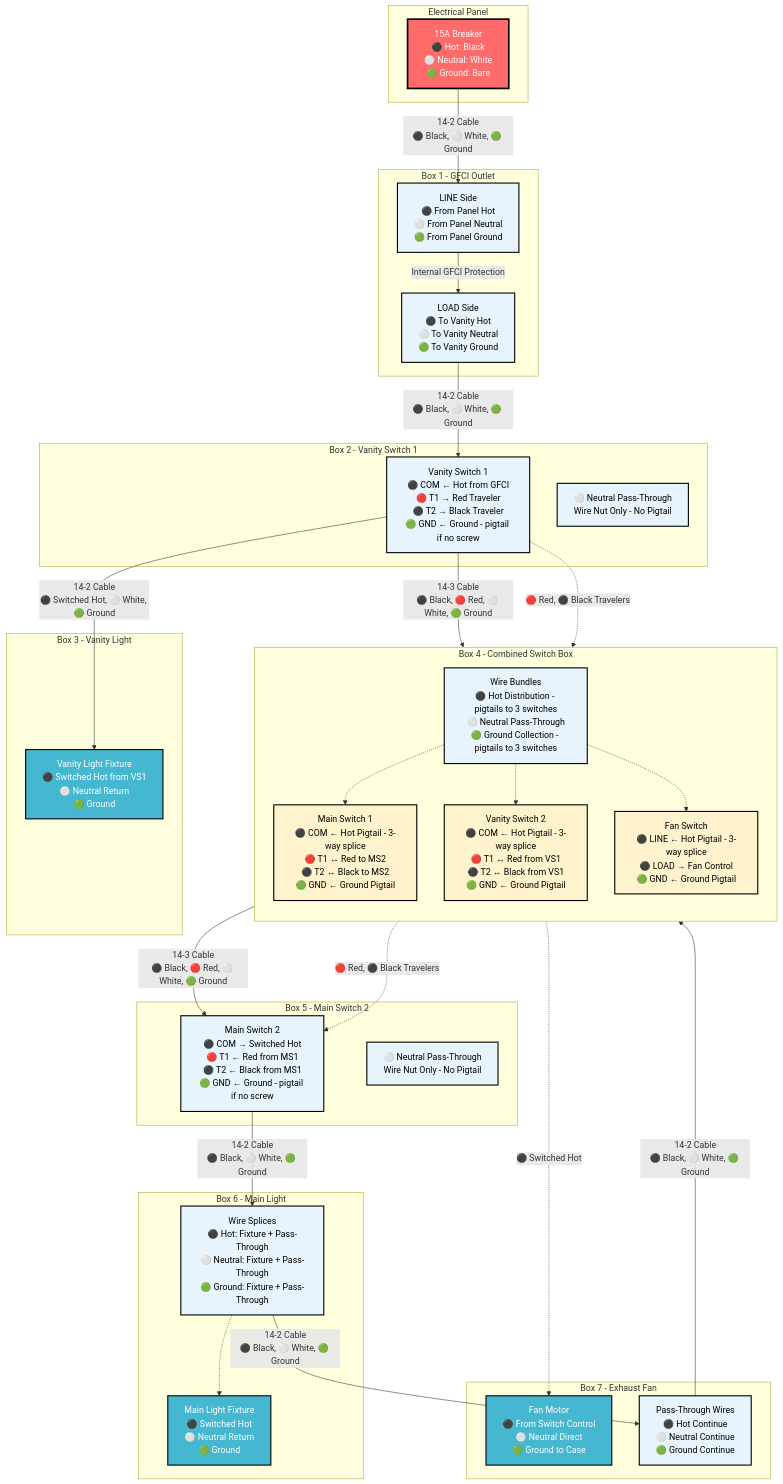
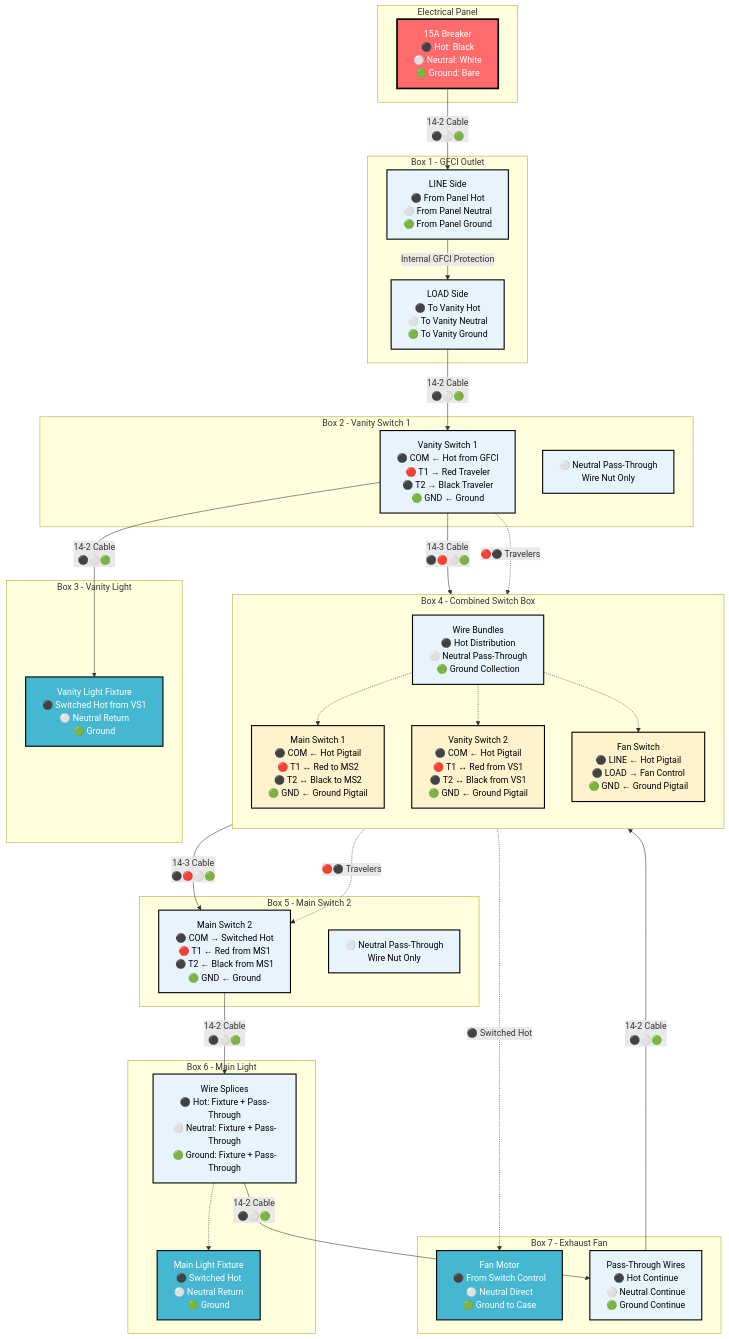
The third of 8 diagrams in diagrams/mermaid-wiring-diagram.md (ticklemycode/electrical-wiring), drawn with Mermaid before and after one commit. The commit also changed other lines of this file, not shown here.

````diff
--- a/diagrams/mermaid-wiring-diagram.md
+++ b/diagrams/mermaid-wiring-diagram.md
@@ -110,76 +110,76 @@
 ```mermaid
 flowchart TD
     subgraph "Electrical Panel"
         PANEL[15A Breaker<br/>⚫ Hot: Black<br/>⚪ Neutral: White<br/>🟢 Ground: Bare]
     end
     
     subgraph "Box 1 - GFCI Outlet"
         GFCI_LINE[LINE Side<br/>⚫ From Panel Hot<br/>⚪ From Panel Neutral<br/>🟢 From Panel Ground]
         GFCI_LOAD[LOAD Side<br/>⚫ To Vanity Hot<br/>⚪ To Vanity Neutral<br/>🟢 To Vanity Ground]
         GFCI_LINE -->|Internal GFCI Protection| GFCI_LOAD
     end
     
     subgraph "Box 2 - Vanity Switch 1"
-        VS1_SWITCH[Vanity Switch 1<br/>⚫ COM ← Hot from GFCI<br/>🔴 T1 → Red Traveler<br/>⚫ T2 → Black Traveler<br/>🟢 GND ← Ground - pigtail if no screw]
-        VS1_NEUTRAL[⚪ Neutral Pass-Through<br/>Wire Nut Only - No Pigtail]
+        VS1_SWITCH[Vanity Switch 1<br/>⚫ COM ← Hot from GFCI<br/>🔴 T1 → Red Traveler<br/>⚫ T2 → Black Traveler<br/>🟢 GND ← Ground]
+        VS1_NEUTRAL[⚪ Neutral Pass-Through<br/>Wire Nut Only]
     end
     
     subgraph "Box 3 - Vanity Light"
         VL_FIXTURE[Vanity Light Fixture<br/>⚫ Switched Hot from VS1<br/>⚪ Neutral Return<br/>🟢 Ground]
     end
     
     subgraph "Box 4 - Combined Switch Box"
         direction TB
-        COMB_MAIN[Main Switch 1<br/>⚫ COM ← Hot Pigtail - 3-way splice<br/>🔴 T1 ↔ Red to MS2<br/>⚫ T2 ↔ Black to MS2<br/>🟢 GND ← Ground Pigtail]
-        COMB_VANITY[Vanity Switch 2<br/>⚫ COM ← Hot Pigtail - 3-way splice<br/>🔴 T1 ↔ Red from VS1<br/>⚫ T2 ↔ Black from VS1<br/>🟢 GND ← Ground Pigtail]
-        COMB_FAN[Fan Switch<br/>⚫ LINE ← Hot Pigtail - 3-way splice<br/>⚫ LOAD → Fan Control<br/>🟢 GND ← Ground Pigtail]
-        COMB_BUNDLES[Wire Bundles<br/>⚫ Hot Distribution - pigtails to 3 switches<br/>⚪ Neutral Pass-Through<br/>🟢 Ground Collection - pigtails to 3 switches]
+        COMB_MAIN[Main Switch 1<br/>⚫ COM ← Hot Pigtail<br/>🔴 T1 ↔ Red to MS2<br/>⚫ T2 ↔ Black to MS2<br/>🟢 GND ← Ground Pigtail]
+        COMB_VANITY[Vanity Switch 2<br/>⚫ COM ← Hot Pigtail<br/>🔴 T1 ↔ Red from VS1<br/>⚫ T2 ↔ Black from VS1<br/>🟢 GND ← Ground Pigtail]
+        COMB_FAN[Fan Switch<br/>⚫ LINE ← Hot Pigtail<br/>⚫ LOAD → Fan Control<br/>🟢 GND ← Ground Pigtail]
+        COMB_BUNDLES[Wire Bundles<br/>⚫ Hot Distribution<br/>⚪ Neutral Pass-Through<br/>🟢 Ground Collection]
         
         COMB_BUNDLES -.-> COMB_MAIN
         COMB_BUNDLES -.-> COMB_VANITY
         COMB_BUNDLES -.-> COMB_FAN
     end
     
     subgraph "Box 5 - Main Switch 2"
-        MS2_SWITCH[Main Switch 2<br/>⚫ COM → Switched Hot<br/>🔴 T1 ← Red from MS1<br/>⚫ T2 ← Black from MS1<br/>🟢 GND ← Ground - pigtail if no screw]
-        MS2_NEUTRAL[⚪ Neutral Pass-Through<br/>Wire Nut Only - No Pigtail]
+        MS2_SWITCH[Main Switch 2<br/>⚫ COM → Switched Hot<br/>🔴 T1 ← Red from MS1<br/>⚫ T2 ← Black from MS1<br/>🟢 GND ← Ground]
+        MS2_NEUTRAL[⚪ Neutral Pass-Through<br/>Wire Nut Only]
     end
     
     subgraph "Box 6 - Main Light"
         ML_FIXTURE[Main Light Fixture<br/>⚫ Switched Hot<br/>⚪ Neutral Return<br/>🟢 Ground]
         ML_SPLICE[Wire Splices<br/>⚫ Hot: Fixture + Pass-Through<br/>⚪ Neutral: Fixture + Pass-Through<br/>🟢 Ground: Fixture + Pass-Through]
         ML_SPLICE -.-> ML_FIXTURE
     end
     
     subgraph "Box 7 - Exhaust Fan"
         FAN_MOTOR[Fan Motor<br/>⚫ From Switch Control<br/>⚪ Neutral Direct<br/>🟢 Ground to Case]
         FAN_PASS[Pass-Through Wires<br/>⚫ Hot Continue<br/>⚪ Neutral Continue<br/>🟢 Ground Continue]
     end
     
     %% Cable Connections with Wire Colors
-    PANEL -->|14-2 Cable<br/>⚫ Black, ⚪ White, 🟢 Ground| GFCI_LINE
-    GFCI_LOAD -->|14-2 Cable<br/>⚫ Black, ⚪ White, 🟢 Ground| VS1_SWITCH
-    VS1_SWITCH -->|14-2 Cable<br/>⚫ Switched Hot, ⚪ White, 🟢 Ground| VL_FIXTURE
-    VS1_SWITCH -->|14-3 Cable<br/>⚫ Black, 🔴 Red, ⚪ White, 🟢 Ground| COMB_BUNDLES
-    COMB_BUNDLES -->|14-3 Cable<br/>⚫ Black, 🔴 Red, ⚪ White, 🟢 Ground| MS2_SWITCH
-    MS2_SWITCH -->|14-2 Cable<br/>⚫ Black, ⚪ White, 🟢 Ground| ML_SPLICE
-    ML_SPLICE -->|14-2 Cable<br/>⚫ Black, ⚪ White, 🟢 Ground| FAN_PASS
-    FAN_PASS -->|14-2 Cable<br/>⚫ Black, ⚪ White, 🟢 Ground| COMB_BUNDLES
+    PANEL -->|14-2 Cable<br/>⚫⚪🟢| GFCI_LINE
+    GFCI_LOAD -->|14-2 Cable<br/>⚫⚪🟢| VS1_SWITCH
+    VS1_SWITCH -->|14-2 Cable<br/>⚫⚪🟢| VL_FIXTURE
+    VS1_SWITCH -->|14-3 Cable<br/>⚫🔴⚪🟢| COMB_BUNDLES
+    COMB_BUNDLES -->|14-3 Cable<br/>⚫🔴⚪🟢| MS2_SWITCH
+    MS2_SWITCH -->|14-2 Cable<br/>⚫⚪🟢| ML_SPLICE
+    ML_SPLICE -->|14-2 Cable<br/>⚫⚪🟢| FAN_PASS
+    FAN_PASS -->|14-2 Cable<br/>⚫⚪🟢| COMB_BUNDLES
     
     %% Control Wires
     COMB_FAN -.->|⚫ Switched Hot| FAN_MOTOR
     
     %% Traveler Connections
-    VS1_SWITCH -.->|🔴 Red, ⚫ Black Travelers| COMB_VANITY
-    COMB_MAIN -.->|🔴 Red, ⚫ Black Travelers| MS2_SWITCH
+    VS1_SWITCH -.->|🔴⚫ Travelers| COMB_VANITY
+    COMB_MAIN -.->|🔴⚫ Travelers| MS2_SWITCH
     
     classDef panelStyle fill:#ff6b6b,stroke:#000,stroke-width:3px,color:#fff
     classDef boxStyle fill:#e8f4fd,stroke:#000,stroke-width:2px,color:#000
     classDef deviceStyle fill:#fff3cd,stroke:#000,stroke-width:2px,color:#000
     classDef fixtureStyle fill:#45b7d1,stroke:#000,stroke-width:2px,color:#fff
     
     class PANEL panelStyle
     class GFCI_LINE,GFCI_LOAD,VL_SPLICE,VS1_SWITCH,VS1_NEUTRAL,COMB_BUNDLES,MS2_SWITCH,MS2_NEUTRAL,ML_SPLICE,FAN_PASS boxStyle
     class COMB_MAIN,COMB_VANITY,COMB_FAN deviceStyle
     class VL_FIXTURE,ML_FIXTURE,FAN_MOTOR fixtureStyle
 ```
````
